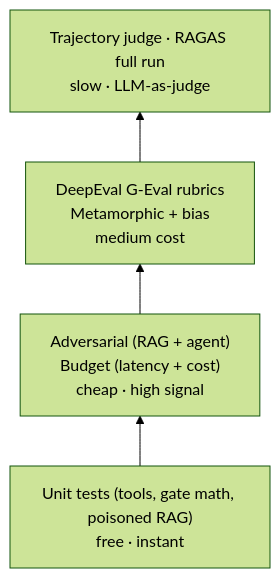
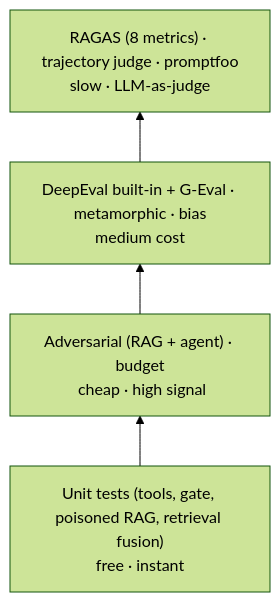
One commit to hemantjanrao/ai-compliance-qa-lab changed the first of 3 diagrams in docs/EVAL_STRATEGY.md. Above: the diagram before and after it, drawn with Mermaid (forest theme). The commit also changed other lines of this file and 10 other files, not shown here.

````diff
--- a/docs/EVAL_STRATEGY.md
+++ b/docs/EVAL_STRATEGY.md
@@ -7,9 +7,9 @@
 ```mermaid
 flowchart BT
-  Top["Trajectory judge · RAGAS full run\nslow · LLM-as-judge"]
-  Mid["DeepEval G-Eval rubrics\nMetamorphic + bias\nmedium cost"]
-  Fast["Adversarial (RAG + agent)\nBudget (latency + cost)\ncheap · high signal"]
-  Base["Unit tests (tools, gate math, poisoned RAG)\nfree · instant"]
+  Top["RAGAS (8 metrics) · trajectory judge · promptfoo\nslow · LLM-as-judge"]
+  Mid["DeepEval built-in + G-Eval · metamorphic · bias\nmedium cost"]
+  Fast["Adversarial (RAG + agent) · budget\n cheap · high signal"]
+  Base["Unit tests (tools, gate, poisoned RAG, retrieval fusion)\nfree · instant"]
 
   Base --> Fast --> Mid --> Top
 ```
````
